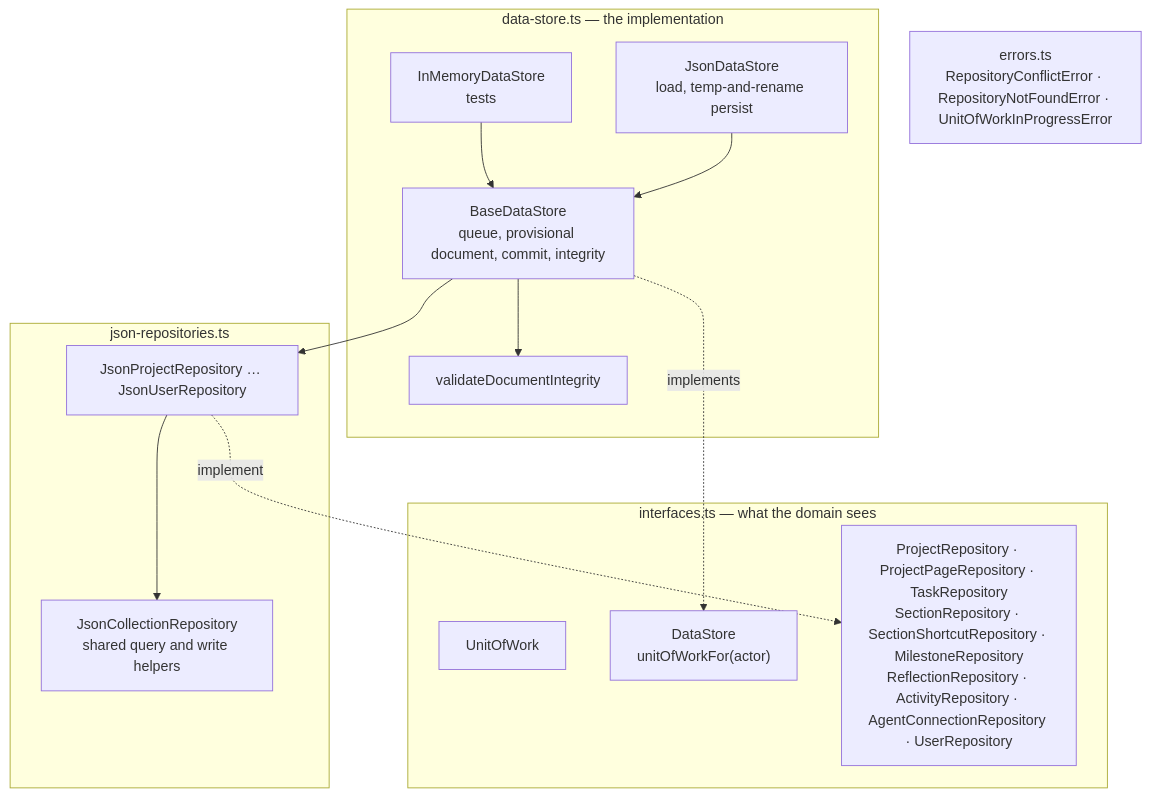
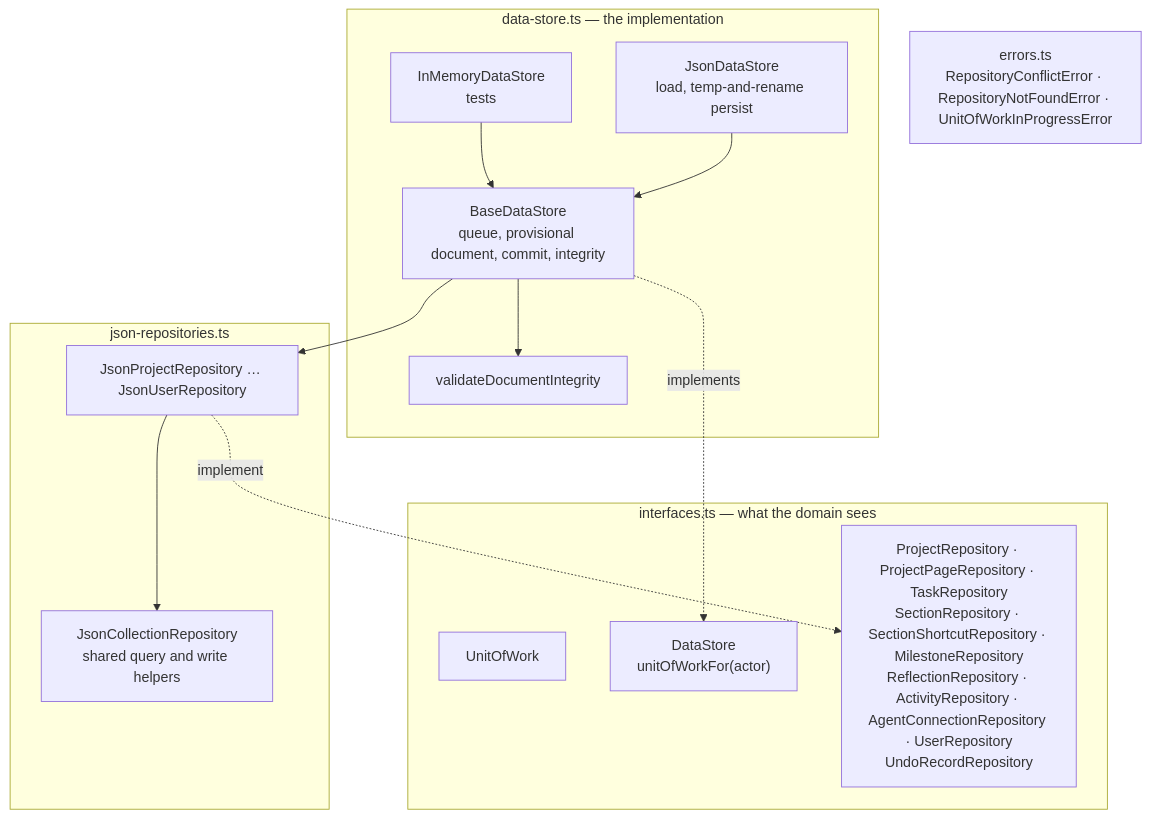
One commit to CalciteDragon/Canvas-work-manager-prototype changed the first of 2 diagrams in docs/architecture/repositories/what.md. Above: the diagram before and after it, drawn with Mermaid. The commit also changed other lines of this file and 31 other files, not shown here.

First line of the commit message:
docs(30): section removal Undo in spec §§14/31/54/57/61/62, architecture, guides and decisions

````diff
--- a/docs/architecture/repositories/what.md
+++ b/docs/architecture/repositories/what.md
@@ -5,26 +5,26 @@
 ```mermaid
 flowchart TB
   subgraph interfaces["interfaces.ts — what the domain sees"]
     uow["UnitOfWork"]
     ds["DataStore<br/>unitOfWorkFor(actor)"]
-    repos["ProjectRepository · ProjectPageRepository · TaskRepository<br/>SectionRepository · SectionShortcutRepository · MilestoneRepository<br/>ReflectionRepository · ActivityRepository · AgentConnectionRepository · UserRepository"]
+    repos["ProjectRepository · ProjectPageRepository · TaskRepository<br/>SectionRepository · SectionShortcutRepository · MilestoneRepository<br/>ReflectionRepository · ActivityRepository · AgentConnectionRepository · UserRepository<br/>UndoRecordRepository"]
   end
   subgraph store["data-store.ts — the implementation"]
     base["BaseDataStore<br/>queue, provisional document, commit, integrity"]
     mem["InMemoryDataStore<br/>tests"]
     json["JsonDataStore<br/>load, temp-and-rename persist"]
     integrity["validateDocumentIntegrity"]
   end
   subgraph impl["json-repositories.ts"]
     coll["JsonCollectionRepository<br/>shared query and write helpers"]
     jr["JsonProjectRepository … JsonUserRepository"]
   end
   errors["errors.ts<br/>RepositoryConflictError · RepositoryNotFoundError · UnitOfWorkInProgressError"]
   mem --> base
   json --> base
   base --> integrity
   jr --> coll
   jr -. implement .-> repos
   base -. implements .-> ds
   base --> jr
 ```
````
